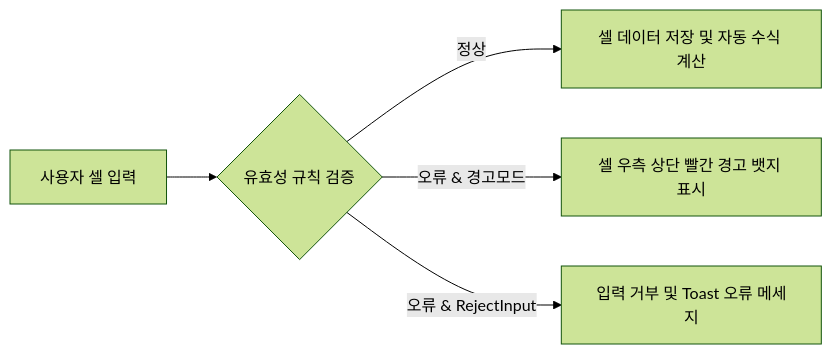
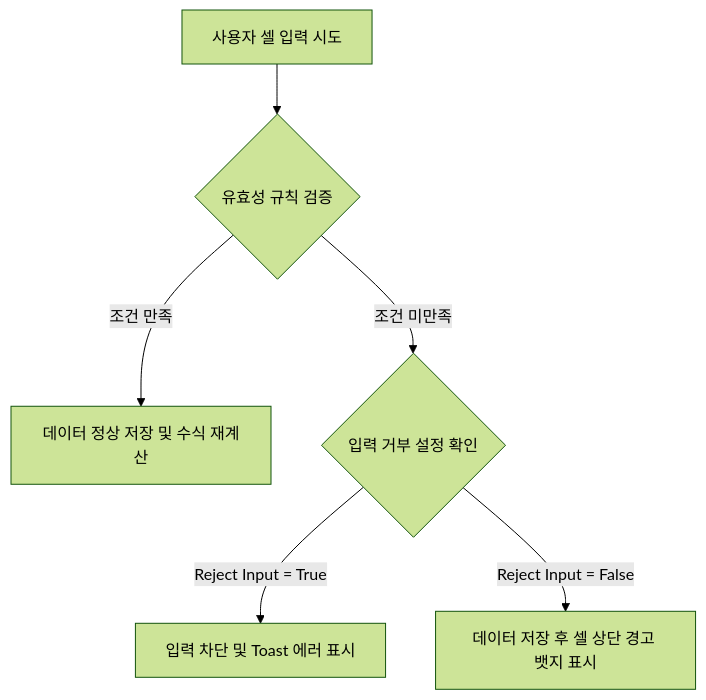
The third of 3 diagrams in docs/USER_GUIDE.md (hkjang/kanpic), drawn with Mermaid (forest theme) before and after one commit. The commit also changed other lines of this file and 5 other files, not shown here.

````diff
--- a/docs/USER_GUIDE.md
+++ b/docs/USER_GUIDE.md
@@ -100,7 +167,8 @@
 ```mermaid
-flowchart LR
-    Input[사용자 셀 입력] --> Evaluation{유효성 규칙 검증}
-    Evaluation -->|정상| Valid[셀 데이터 저장 및 자동 수식 계산]
-    Evaluation -->|오류 & 경고모드| WarningBadge[셀 우측 상단 빨간 경고 뱃지 표시]
-    Evaluation -->|오류 & RejectInput| Block[입력 거부 및 Toast 오류 메세지]
+flowchart TD
+    CellInput[사용자 셀 입력 시도] --> RuleCheck{유효성 규칙 검증}
+    RuleCheck -->|조건 만족| SaveCell[데이터 정상 저장 및 수식 재계산]
+    RuleCheck -->|조건 미만족| CheckReject{입력 거부 설정 확인}
+    CheckReject -->|Reject Input = True| BlockInput[입력 차단 및 Toast 에러 표시]
+    CheckReject -->|Reject Input = False| SaveWithWarning[데이터 저장 후 셀 상단 경고 뱃지 표시]
 ```
````
